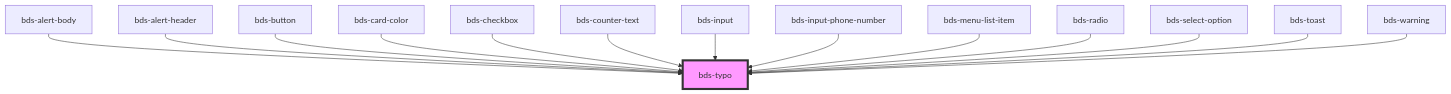
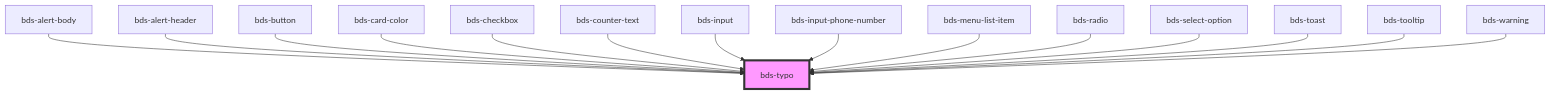
The diagram in src/components/typo/readme.md (takenet/blip-ds), drawn with Mermaid before and after one commit. The commit also changed other lines of this file and 8 other files, not shown here.

````diff
--- a/src/components/typo/readme.md
+++ b/src/components/typo/readme.md
@@ -40,17 +41,18 @@
 ```mermaid
 graph TD;
   bds-alert-body --> bds-typo
   bds-alert-header --> bds-typo
   bds-button --> bds-typo
   bds-card-color --> bds-typo
   bds-checkbox --> bds-typo
   bds-counter-text --> bds-typo
   bds-input --> bds-typo
   bds-input-phone-number --> bds-typo
   bds-menu-list-item --> bds-typo
   bds-radio --> bds-typo
   bds-select-option --> bds-typo
   bds-toast --> bds-typo
+  bds-tooltip --> bds-typo
   bds-warning --> bds-typo
   style bds-typo fill:#f9f,stroke:#333,stroke-width:4px
 ```
````
